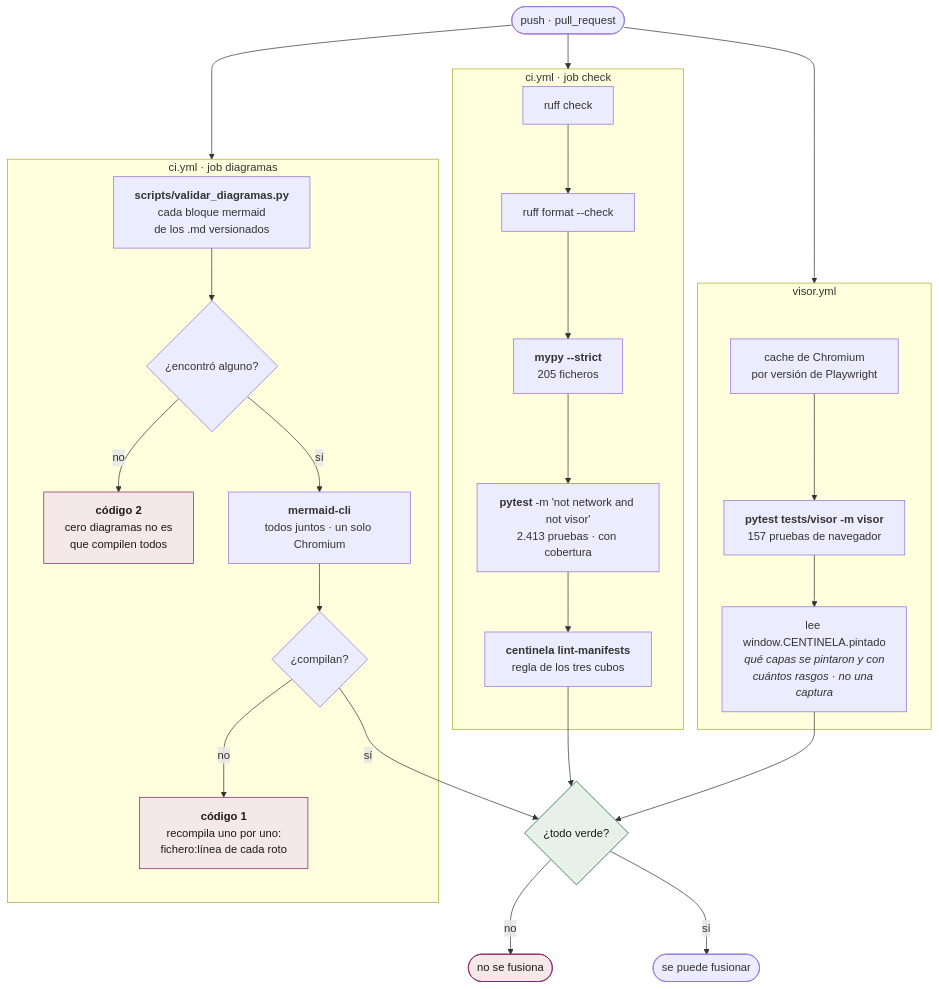
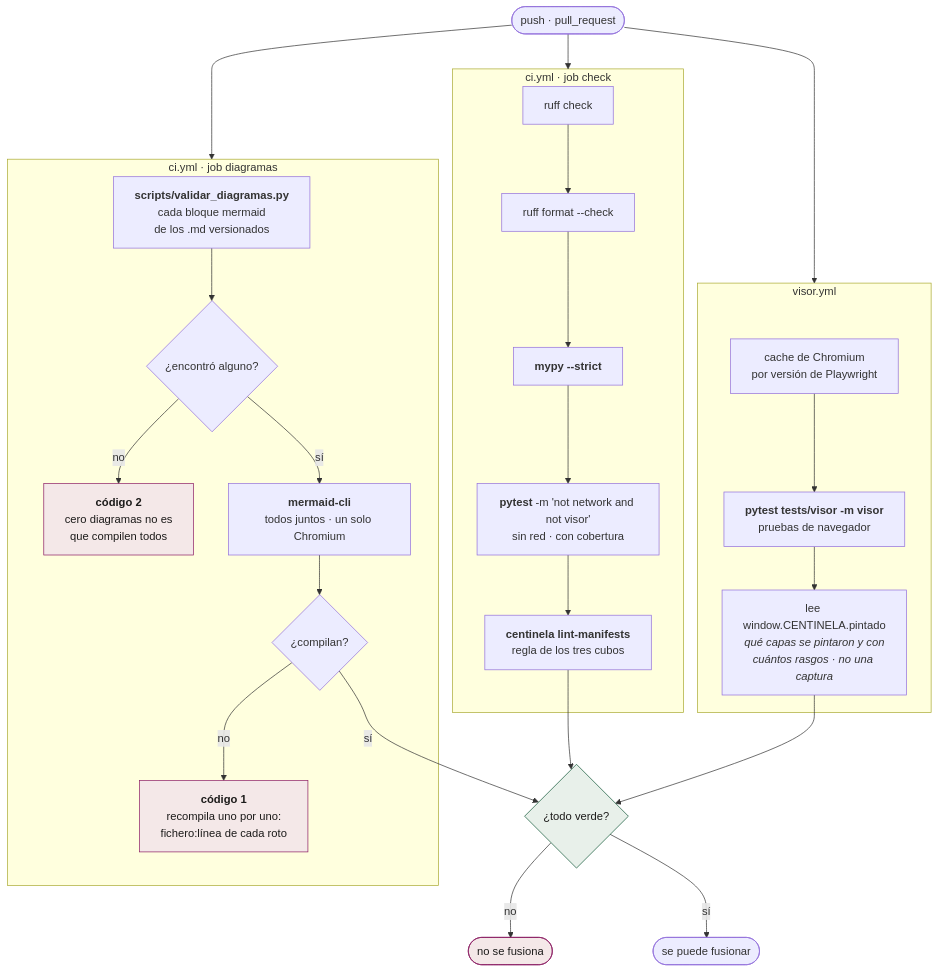
Diagram 13 of 14 in docs/acciones/por-reloj.md (sforero77/CENTINELA), drawn with Mermaid before and after one commit. The commit also changed other lines of this file and 11 other files, not shown here.

````diff
--- a/docs/acciones/por-reloj.md
+++ b/docs/acciones/por-reloj.md
@@ -519,37 +519,37 @@
 ```mermaid
 flowchart TB
   PR(["push · pull_request"]) --> CI
   PR --> DIAG
   PR --> VIS
 
   subgraph CI["ci.yml · job check"]
     C1["ruff check"] --> C2["ruff format --check"]
-    C2 --> C3["<b>mypy --strict</b><br/>205 ficheros"]
-    C3 --> C4["<b>pytest</b> -m 'not network and not visor'<br/>2.413 pruebas · con cobertura"]
+    C2 --> C3["<b>mypy --strict</b>"]
+    C3 --> C4["<b>pytest</b> -m 'not network and not visor'<br/>sin red · con cobertura"]
     C4 --> C5["<b>centinela lint-manifests</b><br/>regla de los tres cubos"]
   end
 
   subgraph DIAG["ci.yml · job diagramas"]
     D1["<b>scripts/validar_diagramas.py</b><br/>cada bloque mermaid<br/>de los .md versionados"] --> D2{"¿encontró alguno?"}
     D2 -->|no| D0["<b>código 2</b><br/>cero diagramas no es<br/>que compilen todos"]
     D2 -->|sí| D3["<b>mermaid-cli</b><br/>todos juntos · un solo Chromium"]
     D3 --> D4{"¿compilan?"}
     D4 -->|no| D5["<b>código 1</b><br/>recompila uno por uno:<br/>fichero:línea de cada roto"]
   end
 
   subgraph VIS["visor.yml"]
-    W1["cache de Chromium<br/>por versión de Playwright"] --> W2["<b>pytest tests/visor -m visor</b><br/>157 pruebas de navegador"]
+    W1["cache de Chromium<br/>por versión de Playwright"] --> W2["<b>pytest tests/visor -m visor</b><br/>pruebas de navegador"]
     W2 --> W3["lee window.CENTINELA.pintado<br/><i>qué capas se pintaron y con<br/>cuántos rasgos · no una captura</i>"]
   end
 
   C5 --> M{"¿todo verde?"}
   D4 -->|sí| M
   W3 --> M
   M -->|no| NO(["no se fusiona"])
   M -->|sí| SI(["se puede fusionar"])
 
   style M fill:#e8f0ea,stroke:#0f5636,color:#1c1b1a
   style NO fill:#f4e8e8,stroke:#8c1d64,color:#1c1b1a
   style D0 fill:#f4e8e8,stroke:#8c1d64,color:#1c1b1a
   style D5 fill:#f4e8e8,stroke:#8c1d64,color:#1c1b1a
 ```
````
